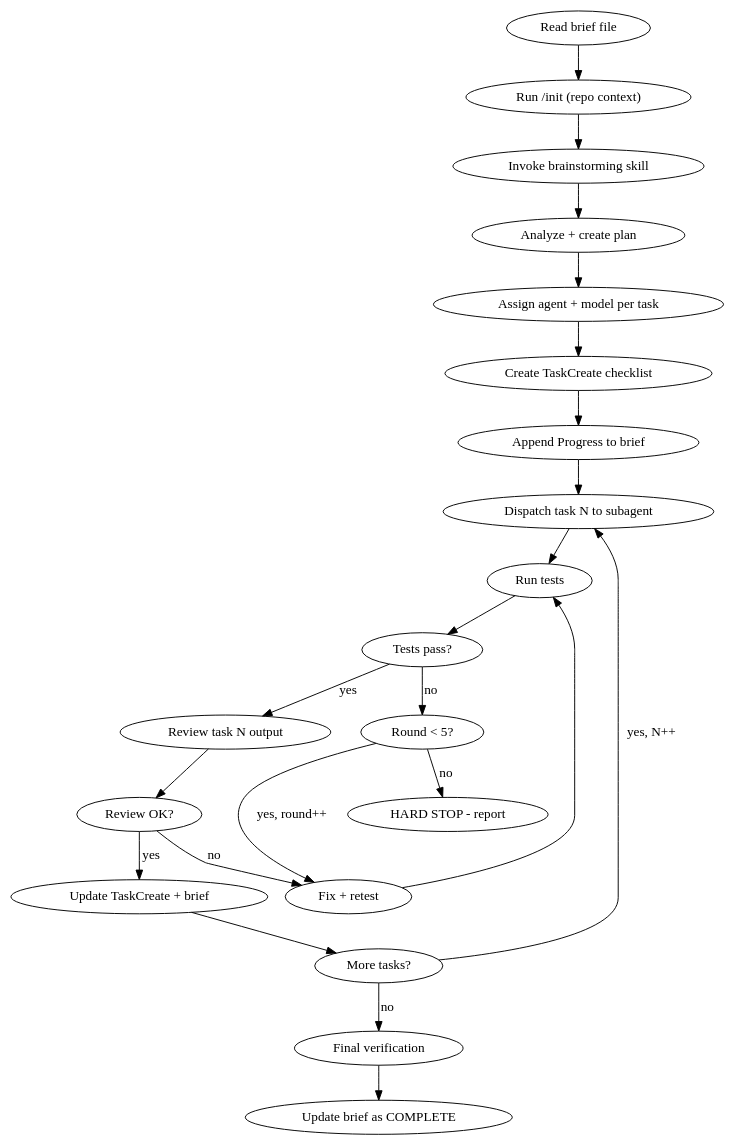
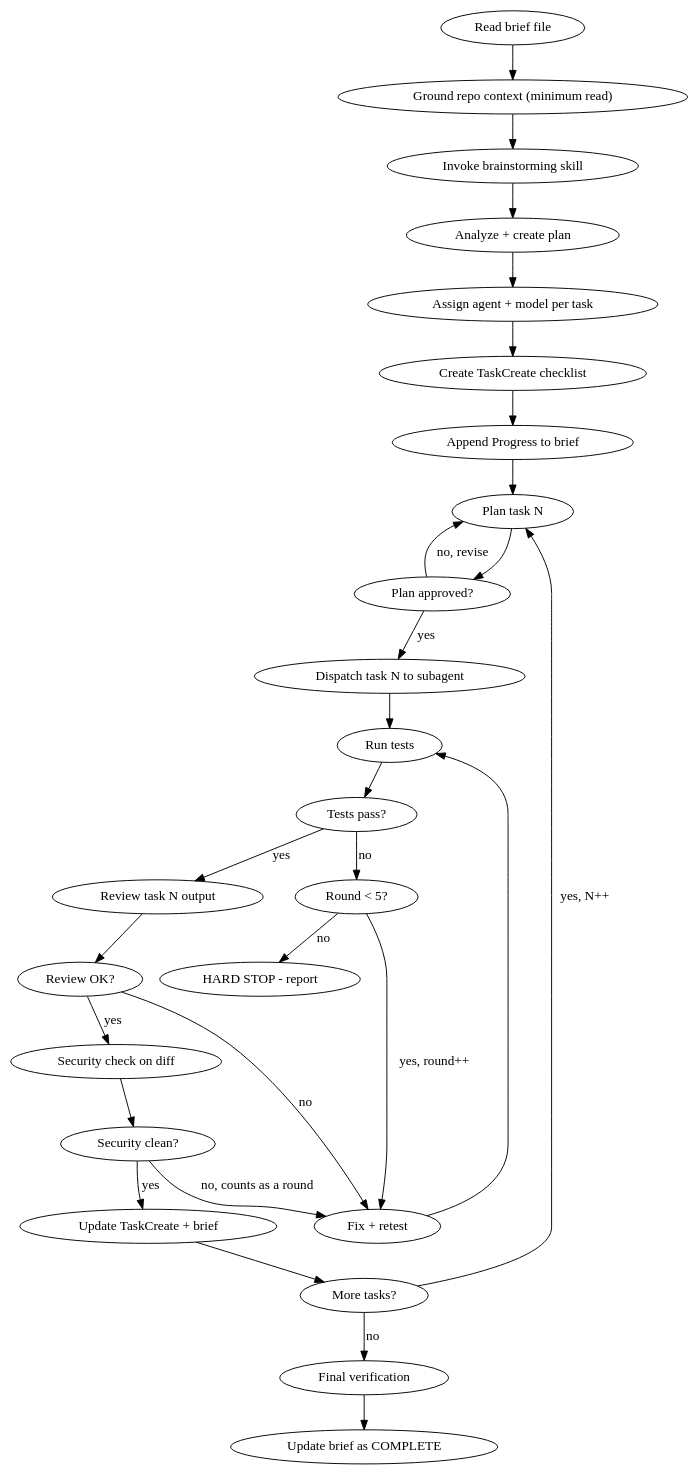
Before and after one commit to tn22180/second-brain: the diagram in skills/tony-wf/SKILL.md, drawn with Graphviz. The commit also changed other lines of this file and 42 other files, not shown here.

````diff
--- a/skills/tony-wf/SKILL.md
+++ b/skills/tony-wf/SKILL.md
@@ -14,26 +14,32 @@
 ```dot
 digraph tony_wf {
     rankdir=TB;
-    "Read brief file" -> "Run /init (repo context)";
-    "Run /init (repo context)" -> "Invoke brainstorming skill";
+    "Read brief file" -> "Ground repo context (minimum read)";
+    "Ground repo context (minimum read)" -> "Invoke brainstorming skill";
     "Invoke brainstorming skill" -> "Analyze + create plan";
     "Analyze + create plan" -> "Assign agent + model per task";
     "Assign agent + model per task" -> "Create TaskCreate checklist";
     "Create TaskCreate checklist" -> "Append Progress to brief";
-    "Append Progress to brief" -> "Dispatch task N to subagent";
+    "Append Progress to brief" -> "Plan task N";
+    "Plan task N" -> "Plan approved?" [shape=diamond];
+    "Plan approved?" -> "Plan task N" [label="no, revise"];
+    "Plan approved?" -> "Dispatch task N to subagent" [label="yes"];
     "Dispatch task N to subagent" -> "Run tests";
     "Run tests" -> "Tests pass?" [shape=diamond];
     "Tests pass?" -> "Review task N output" [label="yes"];
     "Tests pass?" -> "Round < 5?" [label="no"];
     "Round < 5?" -> "Fix + retest" [label="yes, round++"];
     "Round < 5?" -> "HARD STOP - report" [label="no"];
     "Fix + retest" -> "Run tests";
     "Review task N output" -> "Review OK?" [shape=diamond];
-    "Review OK?" -> "Update TaskCreate + brief" [label="yes"];
+    "Review OK?" -> "Security check on diff" [label="yes"];
     "Review OK?" -> "Fix + retest" [label="no"];
+    "Security check on diff" -> "Security clean?" [shape=diamond];
+    "Security clean?" -> "Update TaskCreate + brief" [label="yes"];
+    "Security clean?" -> "Fix + retest" [label="no, counts as a round"];
     "Update TaskCreate + brief" -> "More tasks?" [shape=diamond];
-    "More tasks?" -> "Dispatch task N to subagent" [label="yes, N++"];
+    "More tasks?" -> "Plan task N" [label="yes, N++"];
     "More tasks?" -> "Final verification" [label="no"];
     "Final verification" -> "Update brief as COMPLETE";
 }
 ```
````
